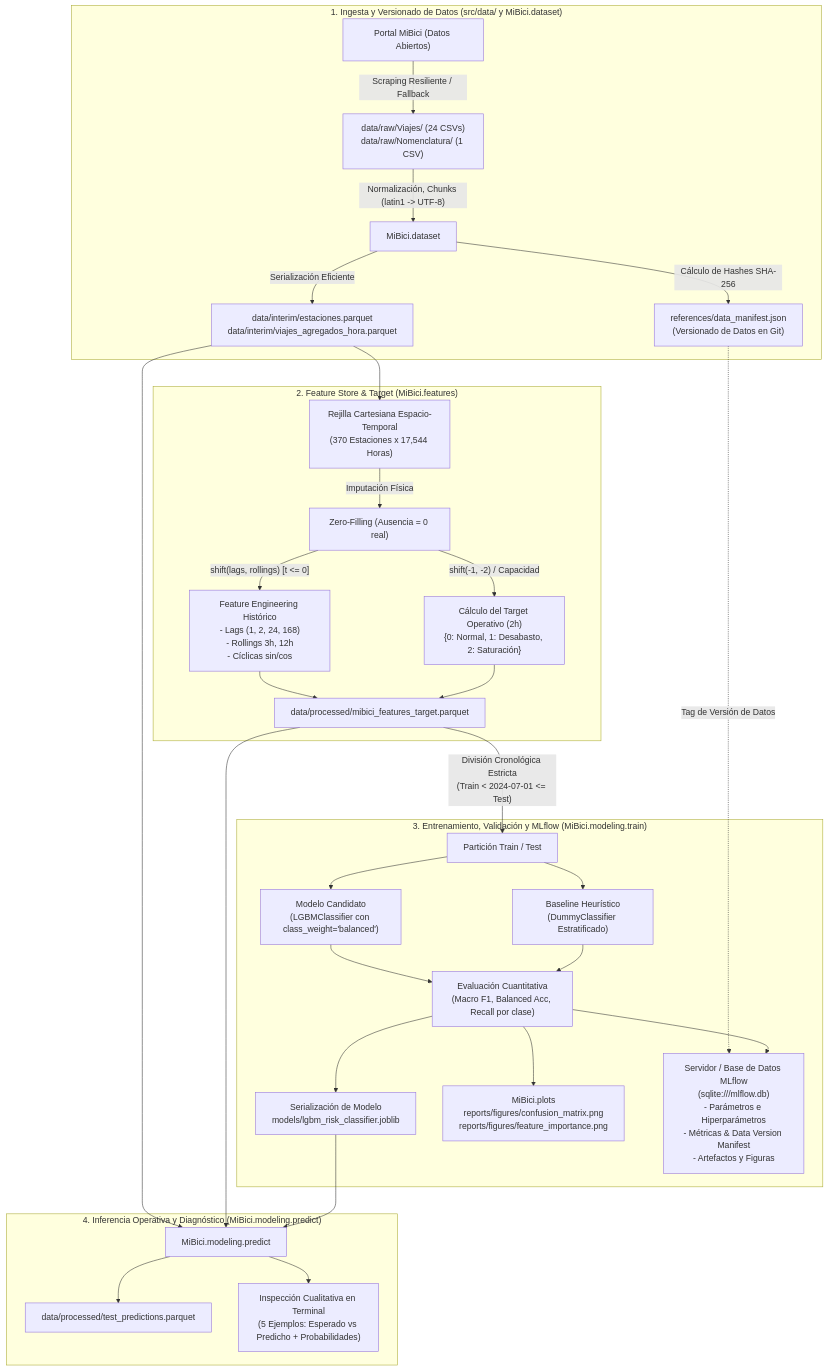
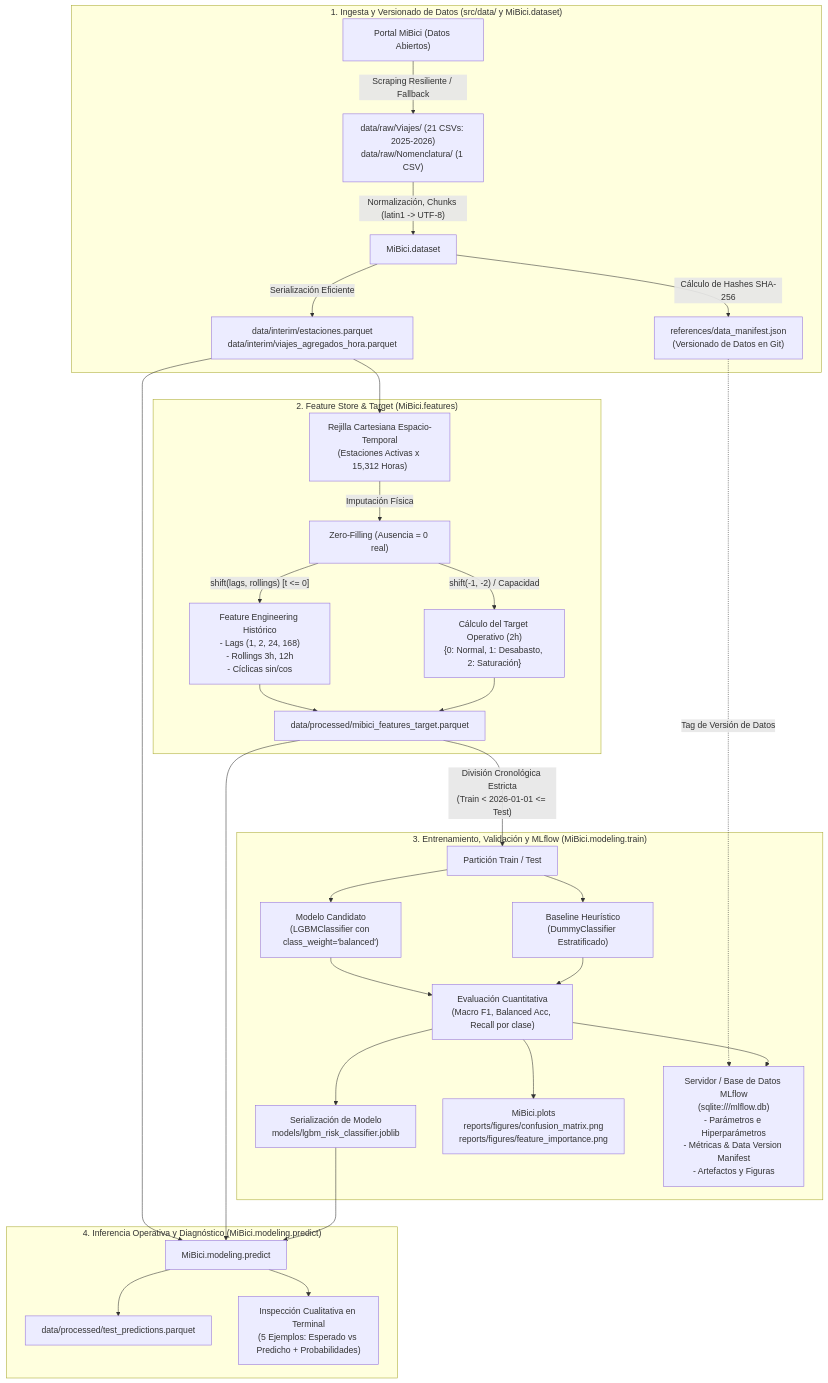
The diagram in MLOps_Equipo30/references/architecture_diagram.md (Diegob059/MLOps_Equipo30), drawn with Mermaid before and after one commit. The commit also changed other lines of this file and 9 other files, not shown here.

````diff
--- a/MLOps_Equipo30/references/architecture_diagram.md
+++ b/MLOps_Equipo30/references/architecture_diagram.md
@@ -9,38 +9,38 @@
 ```mermaid
 flowchart TD
     subgraph S1["1. Ingesta y Versionado de Datos (src/data/ y MiBici.dataset)"]
-        A["Portal MiBici (Datos Abiertos)"] -->|"Scraping Resiliente / Fallback"| B["data/raw/Viajes/ (24 CSVs)<br/>data/raw/Nomenclatura/ (1 CSV)"]
+        A["Portal MiBici (Datos Abiertos)"] -->|"Scraping Resiliente / Fallback"| B["data/raw/Viajes/ (21 CSVs: 2025-2026)<br/>data/raw/Nomenclatura/ (1 CSV)"]
         B -->|"Normalización, Chunks (latin1 -> UTF-8)"| C["MiBici.dataset"]
         C -->|"Serialización Eficiente"| D["data/interim/estaciones.parquet<br/>data/interim/viajes_agregados_hora.parquet"]
         C -->|"Cálculo de Hashes SHA-256"| E["references/data_manifest.json<br/>(Versionado de Datos en Git)"]
     end
 
     subgraph S2["2. Feature Store & Target (MiBici.features)"]
-        D --> F["Rejilla Cartesiana Espacio-Temporal<br/>(370 Estaciones x 17,544 Horas)"]
+        D --> F["Rejilla Cartesiana Espacio-Temporal<br/>(Estaciones Activas x 15,312 Horas)"]
         F -->|"Imputación Física"| G["Zero-Filling (Ausencia = 0 real)"]
         G -->|"shift(-1, -2) / Capacidad"| H["Cálculo del Target Operativo (2h)<br/>{0: Normal, 1: Desabasto, 2: Saturación}"]
         G -->|"shift(lags, rollings) [t <= 0]"| I["Feature Engineering Histórico<br/>- Lags (1, 2, 24, 168)<br/>- Rollings 3h, 12h<br/>- Cíclicas sin/cos"]
         H --> J["data/processed/mibici_features_target.parquet"]
         I --> J
     end
 
     subgraph S3["3. Entrenamiento, Validación y MLflow (MiBici.modeling.train)"]
-        J -->|"División Cronológica Estricta<br/>(Train < 2024-07-01 <= Test)"| K["Partición Train / Test"]
+        J -->|"División Cronológica Estricta<br/>(Train < 2026-01-01 <= Test)"| K["Partición Train / Test"]
         K --> L["Baseline Heurístico<br/>(DummyClassifier Estratificado)"]
         K --> M["Modelo Candidato<br/>(LGBMClassifier con class_weight='balanced')"]
         L --> N["Evaluación Cuantitativa<br/>(Macro F1, Balanced Acc, Recall por clase)"]
         M --> N
         N --> O["Serialización de Modelo<br/>models/lgbm_risk_classifier.joblib"]
         N --> P["MiBici.plots<br/>reports/figures/confusion_matrix.png<br/>reports/figures/feature_importance.png"]
         N --> Q["Servidor / Base de Datos MLflow<br/>(sqlite:///mlflow.db)<br/>- Parámetros e Hiperparámetros<br/>- Métricas & Data Version Manifest<br/>- Artefactos y Figuras"]
         E -.->|"Tag de Versión de Datos"| Q
     end
 
     subgraph S4["4. Inferencia Operativa y Diagnóstico (MiBici.modeling.predict)"]
         O --> R["MiBici.modeling.predict"]
         J --> R
         D --> R
         R --> S["data/processed/test_predictions.parquet"]
         R --> T["Inspección Cualitativa en Terminal<br/>(5 Ejemplos: Esperado vs Predicho + Probabilidades)"]
     end
 ```
````
